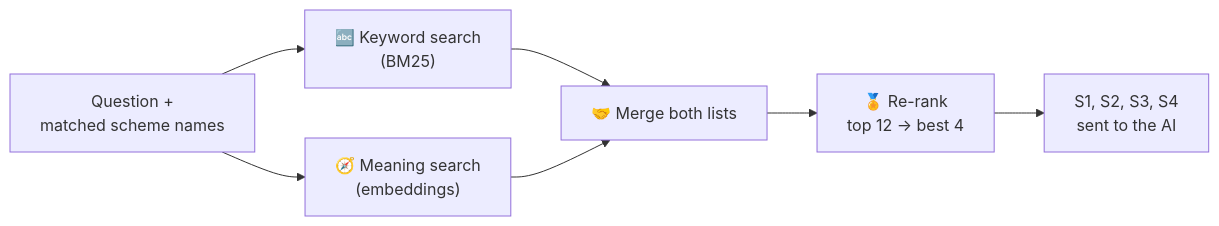
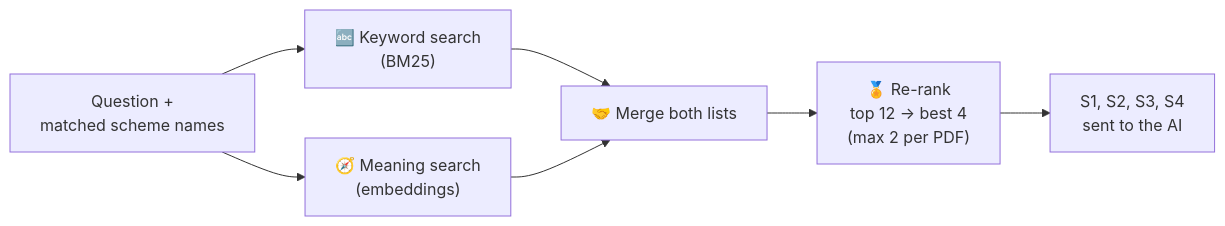
Before and after one commit to aakash-github/jansahayak: the fourth of 4 diagrams in docs/HOW_IT_WORKS.md, drawn with Mermaid. The commit also changed other lines of this file and 26 other files, not shown here.

````diff
--- a/docs/HOW_IT_WORKS.md
+++ b/docs/HOW_IT_WORKS.md
@@ -170,9 +184,9 @@
 ```mermaid
 flowchart LR
   Q["Question +<br/>matched scheme names"] --> K["🔤 Keyword search<br/>(BM25)"]
   Q --> S["🧭 Meaning search<br/>(embeddings)"]
   K --> F["🤝 Merge both lists"]
   S --> F
-  F --> RR["🏅 Re-rank<br/>top 12 → best 4"]
+  F --> RR["🏅 Re-rank<br/>top 12 → best 4<br/>(max 2 per PDF)"]
   RR --> OUT["S1, S2, S3, S4<br/>sent to the AI"]
 ```
````
